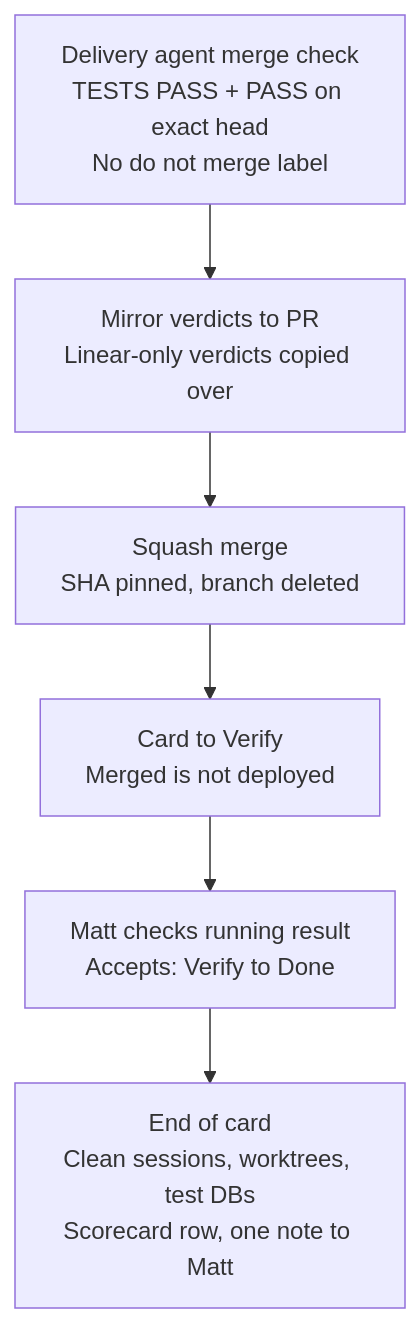
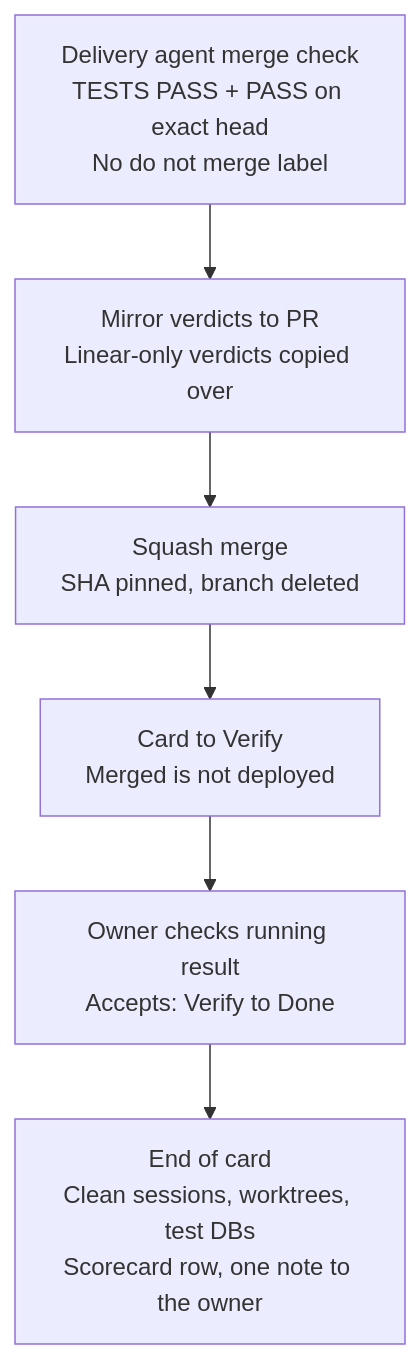
Before and after one commit to Maho1975/project-template: the third of 3 diagrams in docs/delivery/workflow.md, drawn with Mermaid. The commit also changed other lines of this file and 7 other files, not shown here.

````diff
--- a/docs/delivery/workflow.md
+++ b/docs/delivery/workflow.md
@@ -41,8 +38,8 @@
 ```mermaid
 flowchart TD
     A["Delivery agent merge check<br/>TESTS PASS + PASS on exact head<br/>No do not merge label"] --> B["Mirror verdicts to PR<br/>Linear-only verdicts copied over"]
     B --> C["Squash merge<br/>SHA pinned, branch deleted"]
     C --> D["Card to Verify<br/>Merged is not deployed"]
-    D --> E["Matt checks running result<br/>Accepts: Verify to Done"]
-    E --> F["End of card<br/>Clean sessions, worktrees, test DBs<br/>Scorecard row, one note to Matt"]
+    D --> E["Owner checks running result<br/>Accepts: Verify to Done"]
+    E --> F["End of card<br/>Clean sessions, worktrees, test DBs<br/>Scorecard row, one note to the owner"]
 ```
````
